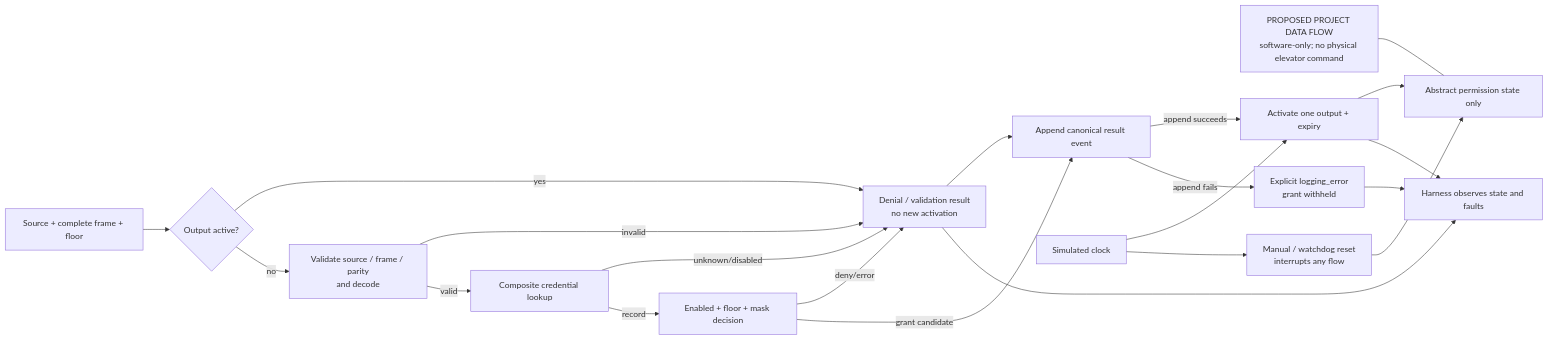
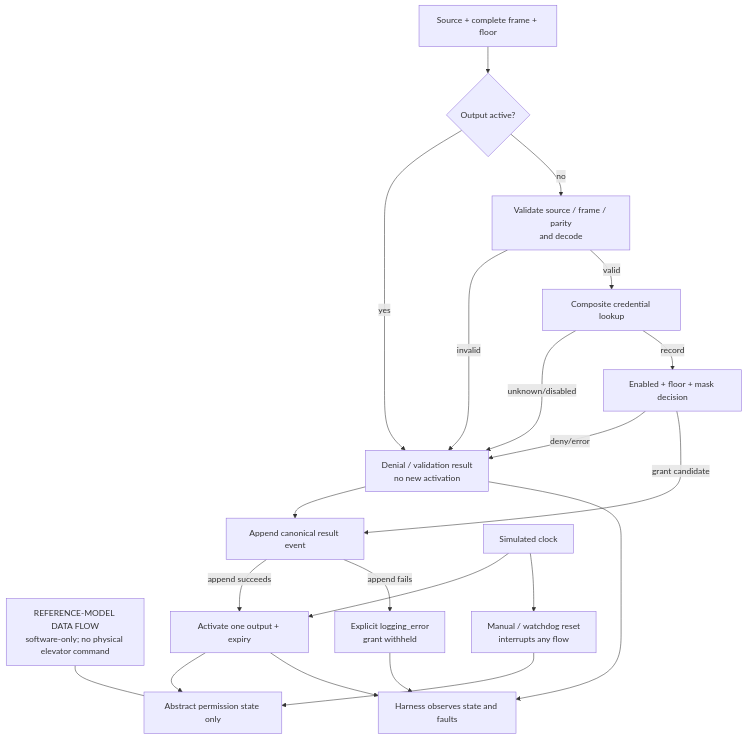
One commit to BarShtainv/EEEProjectElevator changed the diagram in docs/figures/data_flow.mmd. Above: the diagram before and after it, drawn with Mermaid. The commit also changed other lines of this file and 33 other files, not shown here.

```diff
--- a/docs/figures/data_flow.mmd
+++ b/docs/figures/data_flow.mmd
@@ -1,35 +1,35 @@
-flowchart LR
-    NOTE["PROPOSED PROJECT DATA FLOW<br/>software-only; no physical elevator command"]
+flowchart TB
+    NOTE["REFERENCE-MODEL DATA FLOW<br/>software-only; no physical elevator command"]
     REQ["Source + complete frame + floor"]
     BUSY{"Output active?"}
     VAL["Validate source / frame / parity<br/>and decode"]
     LOOK["Composite credential lookup"]
     AUTH["Enabled + floor + mask decision"]
     PRELOG["Append canonical result event"]
     ACT["Activate one output + expiry"]
     DENY["Denial / validation result<br/>no new activation"]
     LOGERR["Explicit logging_error<br/>grant withheld"]
     CLOCK["Simulated clock"]
     RESET["Manual / watchdog reset<br/>interrupts any flow"]
     OBS["Harness observes state and faults"]
     END["Abstract permission state only"]
 
     REQ --> BUSY
     BUSY -- yes --> DENY
     BUSY -- no --> VAL
     VAL -- invalid --> DENY
     VAL -- valid --> LOOK
     LOOK -- unknown/disabled --> DENY
     LOOK -- record --> AUTH
     AUTH -- deny/error --> DENY
     AUTH -- grant candidate --> PRELOG
     PRELOG -- append succeeds --> ACT --> END
     PRELOG -- append fails --> LOGERR
     DENY --> PRELOG
     CLOCK --> ACT
     CLOCK --> RESET
     RESET --> END
     ACT --> OBS
     DENY --> OBS
     LOGERR --> OBS
     NOTE --- END
```
